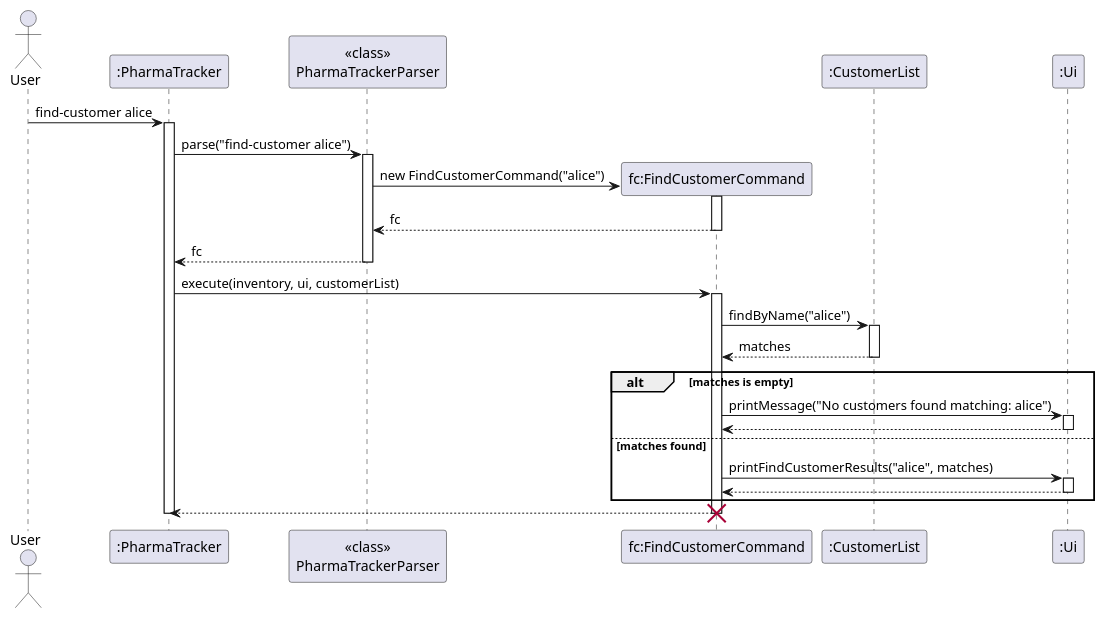
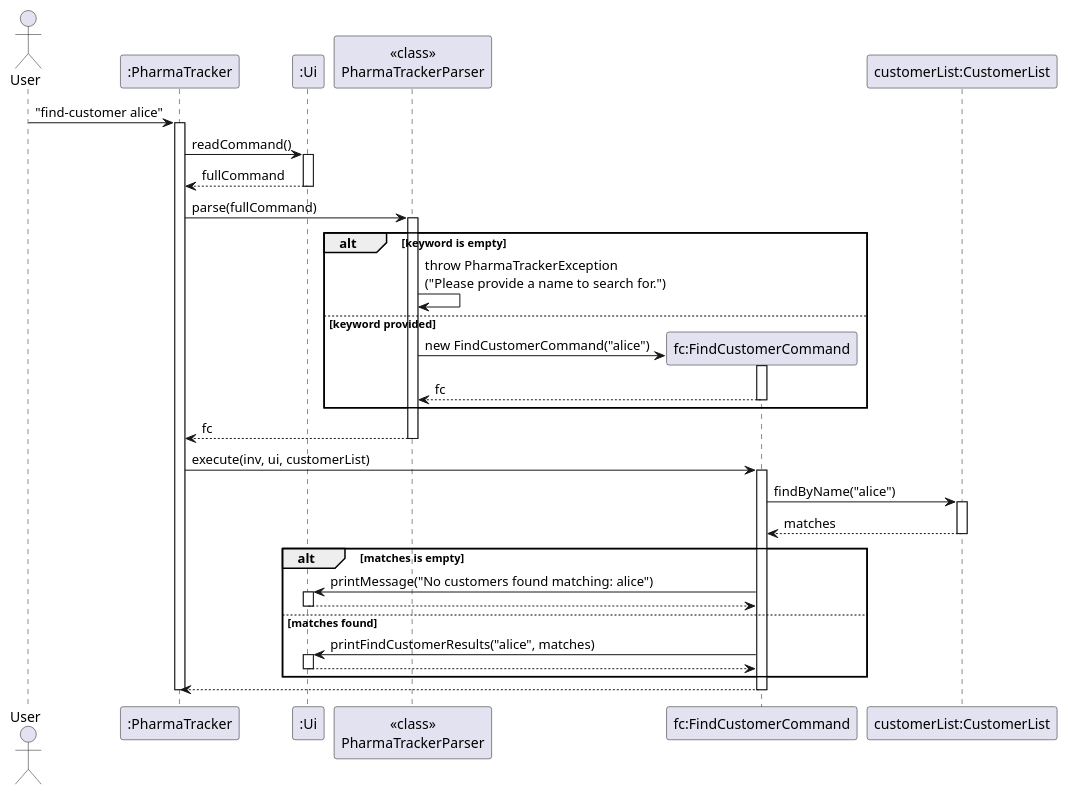
One commit to Yaqi66/tp changed the diagram in docs/diagrams/FindCustomerCommandSequence.puml. Above: the diagram before and after it, drawn with PlantUML. The commit also changed 21 other files, not shown here.

Commit message:
Update sequence diagrams

```diff
--- a/docs/diagrams/FindCustomerCommandSequence.puml
+++ b/docs/diagrams/FindCustomerCommandSequence.puml
@@ -1,52 +1,59 @@
 @startuml
 skinparam ArrowFontStyle plain
 
 actor User
 participant ":PharmaTracker" as PharmaTracker
+participant ":Ui" as Ui
 participant "<<class>>\nPharmaTrackerParser" as Parser
 participant "fc:FindCustomerCommand" as FindCustomerCommand
-participant ":CustomerList" as CustomerList
-participant ":Ui" as Ui
+participant "customerList:CustomerList" as CustomerList
 
-User -> PharmaTracker : find-customer alice
+User -> PharmaTracker : "find-customer alice"
 activate PharmaTracker
 
-PharmaTracker -> Parser : parse("find-customer alice")
+PharmaTracker -> Ui : readCommand()
+activate Ui
+Ui --> PharmaTracker : fullCommand
+deactivate Ui
+
+PharmaTracker -> Parser : parse(fullCommand)
 activate Parser
 
-create FindCustomerCommand
-Parser -> FindCustomerCommand : new FindCustomerCommand("alice")
-activate FindCustomerCommand
-FindCustomerCommand --> Parser : fc
-deactivate FindCustomerCommand
+alt keyword is empty
+    Parser -> Parser : throw PharmaTrackerException\n("Please provide a name to search for.")
+else keyword provided
+    create FindCustomerCommand
+    Parser -> FindCustomerCommand : new FindCustomerCommand("alice")
+    activate FindCustomerCommand
+    FindCustomerCommand --> Parser : fc
+    deactivate FindCustomerCommand
+end
 
 Parser --> PharmaTracker : fc
 deactivate Parser
 
-PharmaTracker -> FindCustomerCommand : execute(inventory, ui, customerList)
+PharmaTracker -> FindCustomerCommand : execute(inv, ui, customerList)
 activate FindCustomerCommand
 
 FindCustomerCommand -> CustomerList : findByName("alice")
 activate CustomerList
 CustomerList --> FindCustomerCommand : matches
 deactivate CustomerList
 
 alt matches is empty
     FindCustomerCommand -> Ui : printMessage("No customers found matching: alice")
     activate Ui
     Ui --> FindCustomerCommand
     deactivate Ui
 else matches found
     FindCustomerCommand -> Ui : printFindCustomerResults("alice", matches)
     activate Ui
     Ui --> FindCustomerCommand
     deactivate Ui
 end
 
 FindCustomerCommand --> PharmaTracker
 deactivate FindCustomerCommand
 
-destroy FindCustomerCommand
-
 deactivate PharmaTracker
 @enduml
```
